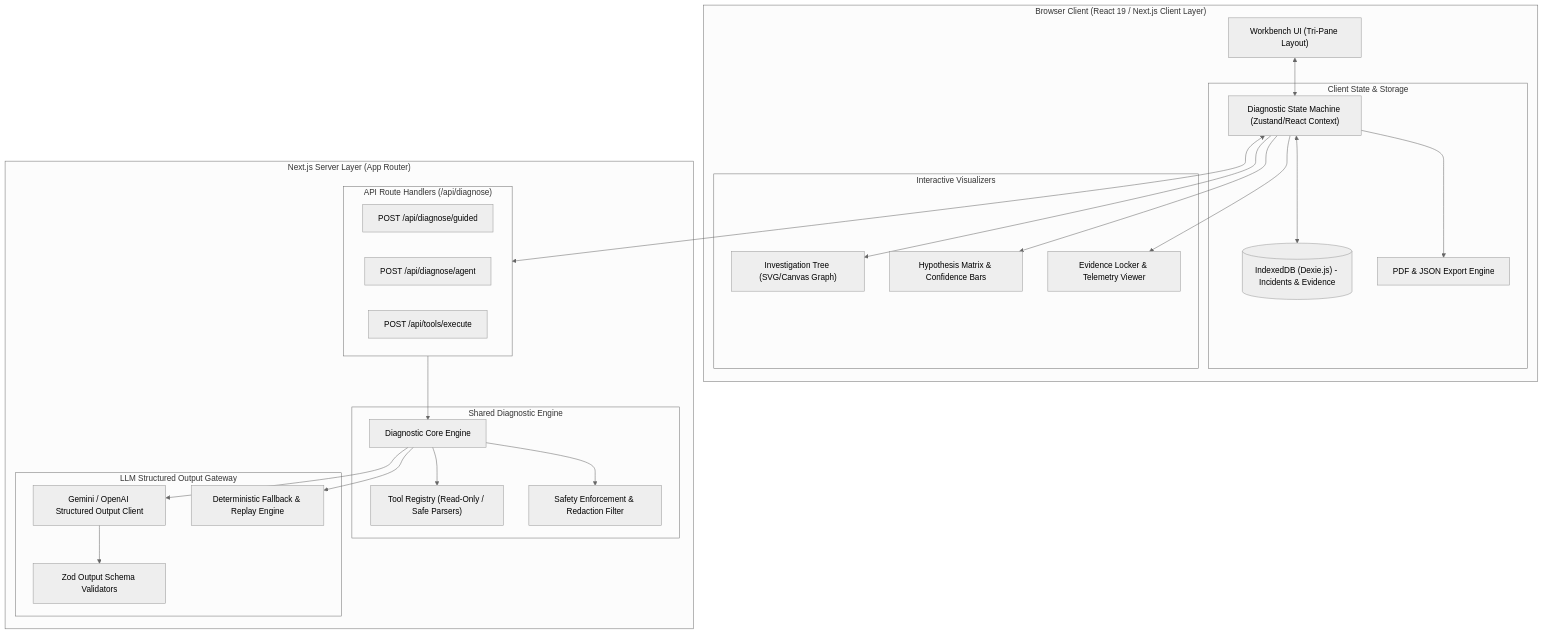
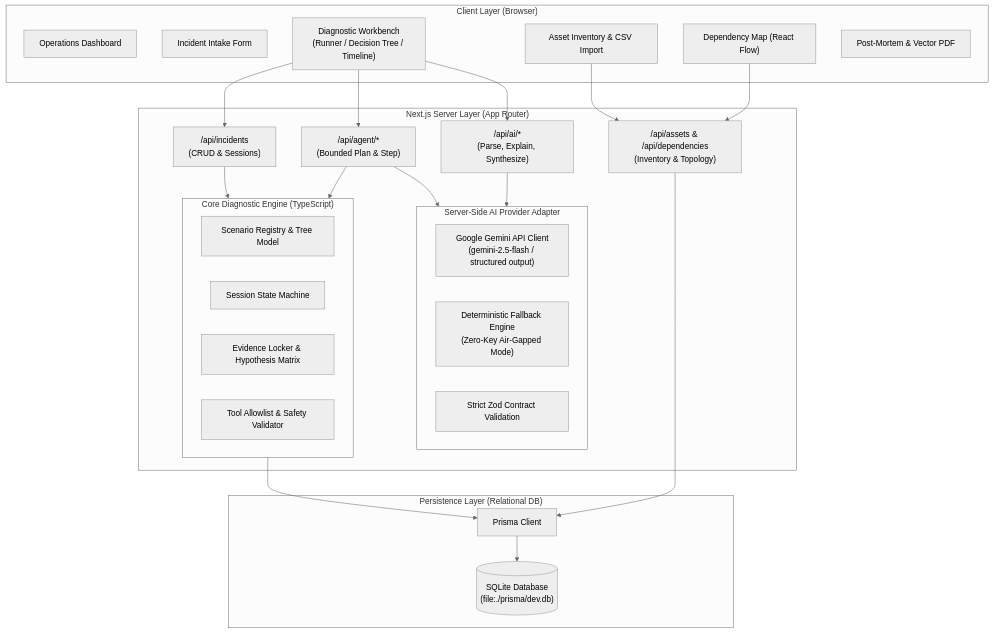
The diagram in docs/ARCHITECTURE.md (adarsh-panicker/fixflow-ai), drawn with Mermaid (neutral theme) before and after one commit. The commit also changed other lines of this file and 133 other files, not shown here.

````diff
--- a/docs/ARCHITECTURE.md
+++ b/docs/ARCHITECTURE.md
@@ -16,54 +7,50 @@
 ```mermaid
-flowchart TB
-    subgraph Client["Browser Client (React 19 / Next.js Client Layer)"]
-        UI["Workbench UI (Tri-Pane Layout)"]
-        
-        subgraph StateManagement["Client State & Storage"]
-            SM["Diagnostic State Machine (Zustand/React Context)"]
-            IDB[("IndexedDB (Dexie.js) - Incidents & Evidence")]
-            ExportEngine["PDF & JSON Export Engine"]
-        end
-        
-        subgraph Visuals["Interactive Visualizers"]
-            ITree["Investigation Tree (SVG/Canvas Graph)"]
-            HypMatrix["Hypothesis Matrix & Confidence Bars"]
-            EvLocker["Evidence Locker & Telemetry Viewer"]
-        end
-        
-        UI <--> SM
-        SM <--> IDB
-        SM --> ITree
-        SM --> HypMatrix
-        SM --> EvLocker
-        SM --> ExportEngine
+flowchart TD
+    subgraph Client ["Client Layer (Browser)"]
+        UI_Dash["Operations Dashboard"]
+        UI_Triage["Incident Intake Form"]
+        UI_Workbench["Diagnostic Workbench\n(Runner / Decision Tree / Timeline)"]
+        UI_Inventory["Asset Inventory & CSV Import"]
+        UI_Map["Dependency Map (React Flow)"]
+        UI_Report["Post-Mortem & Vector PDF"]
     end
 
-    subgraph Server["Next.js Server Layer (App Router)"]
-        subgraph Routes["API Route Handlers (/api/diagnose)"]
-            RouteGuided["POST /api/diagnose/guided"]
-            RouteAgent["POST /api/diagnose/agent"]
-            RouteTools["POST /api/tools/execute"]
+    subgraph Server ["Next.js Server Layer (App Router)"]
+        API_Incidents["/api/incidents\n(CRUD & Sessions)"]
+        API_Assets["/api/assets & /api/dependencies\n(Inventory & Topology)"]
+        API_AI["/api/ai/*\n(Parse, Explain, Synthesize)"]
+        API_Agent["/api/agent/*\n(Bounded Plan & Step)"]
+        
+        subgraph CoreEngine ["Core Diagnostic Engine (TypeScript)"]
+            ScenarioReg["Scenario Registry & Tree Model"]
+            StateMachine["Session State Machine"]
+            EvidenceModel["Evidence Locker & Hypothesis Matrix"]
+            SafetySandbox["Tool Allowlist & Safety Validator"]
         end
 
-        subgraph CoreEngine["Shared Diagnostic Engine"]
-            Engine["Diagnostic Core Engine"]
-            ToolReg["Tool Registry (Read-Only / Safe Parsers)"]
-            SafePolicy["Safety Enforcement & Redaction Filter"]
+        subgraph ProviderAdapter ["Server-Side AI Provider Adapter"]
+            GeminiClient["Google Gemini API Client\n(gemini-2.5-flash / structured output)"]
+            FallbackEngine["Deterministic Fallback Engine\n(Zero-Key Air-Gapped Mode)"]
+            ZodValidator["Strict Zod Contract Validation"]
         end
-
-        subgraph LLMIntegration["LLM Structured Output Gateway"]
-            LLMClient["Gemini / OpenAI Structured Output Client"]
-            ZodSchemas["Zod Output Schema Validators"]
-            DetEngine["Deterministic Fallback & Replay Engine"]
-        end
-
-        Routes --> Engine
-        Engine --> ToolReg
-        Engine --> SafePolicy
-        Engine --> LLMClient
-        Engine --> DetEngine
-        LLMClient --> ZodSchemas
     end
 
-    SM <--> Routes
+    subgraph Storage ["Persistence Layer (Relational DB)"]
+        PrismaORM["Prisma Client"]
+        SQLiteDB[("SQLite Database\n(file:./prisma/dev.db)")]
+    end
+
+    UI_Workbench --> API_Incidents
+    UI_Workbench --> API_Agent
+    UI_Workbench --> API_AI
+    UI_Inventory --> API_Assets
+    UI_Map --> API_Assets
+
+    API_Incidents --> CoreEngine
+    API_Agent --> CoreEngine
+    API_Agent --> ProviderAdapter
+    API_AI --> ProviderAdapter
+    CoreEngine --> PrismaORM
+    API_Assets --> PrismaORM
+    PrismaORM --> SQLiteDB
 ```
````
